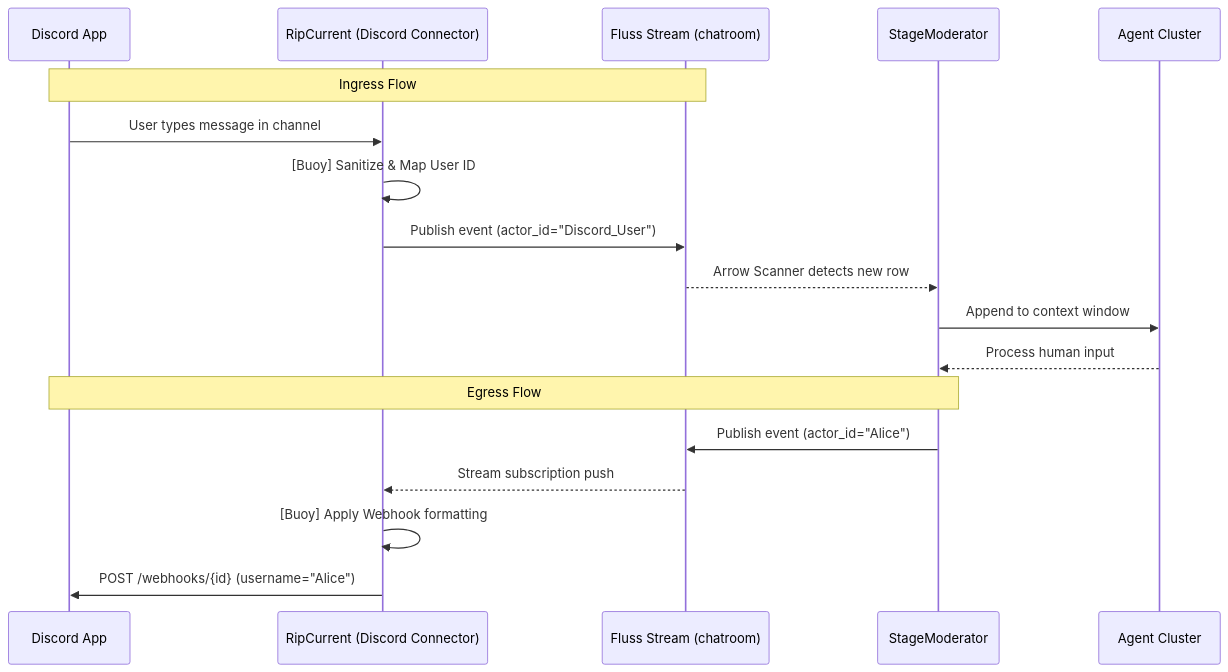
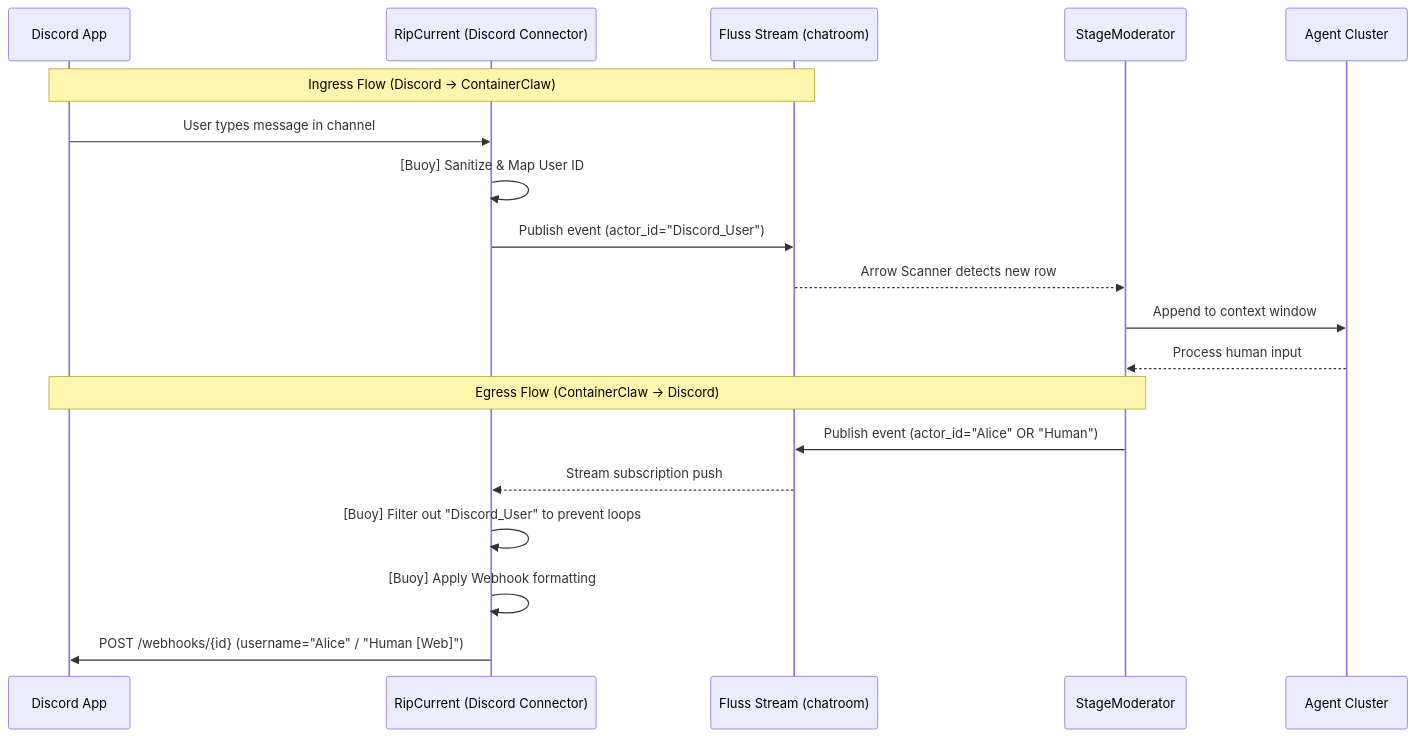
The first of 2 diagrams in docs/draft_pt15.md (qzyu999/ContainerClaw), drawn with Mermaid before and after one commit. The commit also changed other lines of this file, not shown here.

Commit message:
docs: Update for human messages either via webapp or Discord

````diff
--- a/docs/draft_pt15.md
+++ b/docs/draft_pt15.md
@@ -50,24 +52,25 @@
 ```mermaid
 sequenceDiagram
     participant D as Discord App
     participant RC as RipCurrent (Discord Connector)
     participant F as Fluss Stream (chatroom)
     participant M as StageModerator
     participant A as Agent Cluster
 
     %% Ingress Flow (Human -> Agent)
-    Note over D, F: Ingress Flow
+    Note over D, F: Ingress Flow (Discord -> ContainerClaw)
     D->>RC: User types message in channel
     RC->>RC: [Buoy] Sanitize & Map User ID
     RC->>F: Publish event (actor_id="Discord_User")
     F-->>M: Arrow Scanner detects new row
     M->>A: Append to context window
     A-->>M: Process human input
 
-    %% Egress Flow (Agent -> Human)
-    Note over M, D: Egress Flow
-    M->>F: Publish event (actor_id="Alice")
+    %% Egress Flow (All Actors -> Discord)
+    Note over M, D: Egress Flow (ContainerClaw -> Discord)
+    M->>F: Publish event (actor_id="Alice" OR "Human")
     F-->>RC: Stream subscription push
+    RC->>RC: [Buoy] Filter out "Discord_User" to prevent loops
     RC->>RC: [Buoy] Apply Webhook formatting
-    RC->>D: POST /webhooks/{id} (username="Alice")
+    RC->>D: POST /webhooks/{id} (username="Alice" / "Human [Web]")
 ```
````
